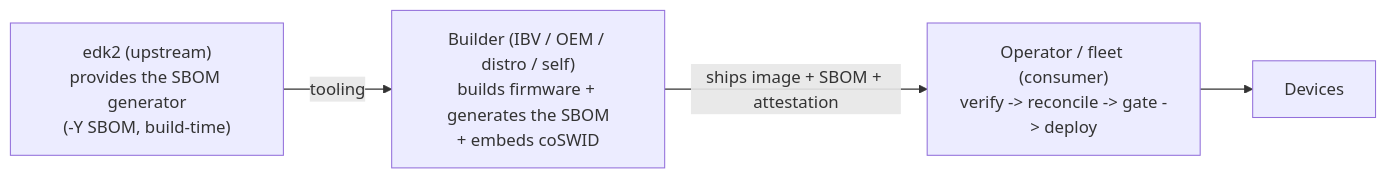
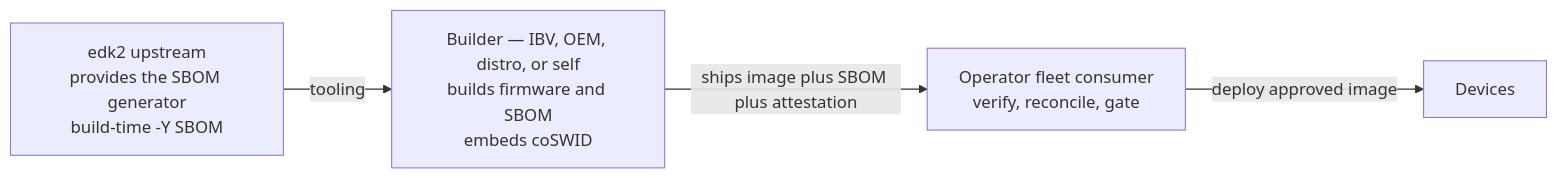
The first of 3 diagrams in DESIGN.md (houdini91/firmware-sbom-supplychain), drawn with Mermaid before and after one commit. The commit also changed other lines of this file, not shown here.

````diff
--- a/DESIGN.md
+++ b/DESIGN.md
@@ -31,6 +40,10 @@
 ```mermaid
 flowchart LR
-  E["edk2 (upstream)\nprovides the SBOM generator\n(-Y SBOM, build-time)"] -->|tooling| B
-  B["Builder (IBV / OEM / distro / self)\nbuilds firmware + generates the SBOM\n+ embeds coSWID"] -->|ships image + SBOM + attestation| O
-  O["Operator / fleet (consumer)\nverify -> reconcile -> gate -> deploy"] --> D["Devices"]
+  E["edk2 upstream<br/>provides the SBOM generator<br/>build-time -Y SBOM"]
+  B["Builder — IBV, OEM, distro, or self<br/>builds firmware and SBOM<br/>embeds coSWID"]
+  O["Operator fleet consumer<br/>verify, reconcile, gate"]
+  D["Devices"]
+  E -->|tooling| B
+  B -->|ships image plus SBOM plus attestation| O
+  O -->|deploy approved image| D
 ```
````
